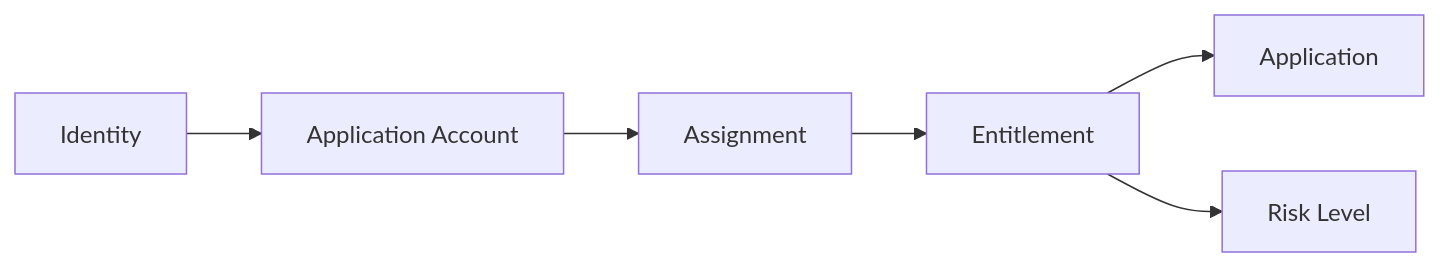
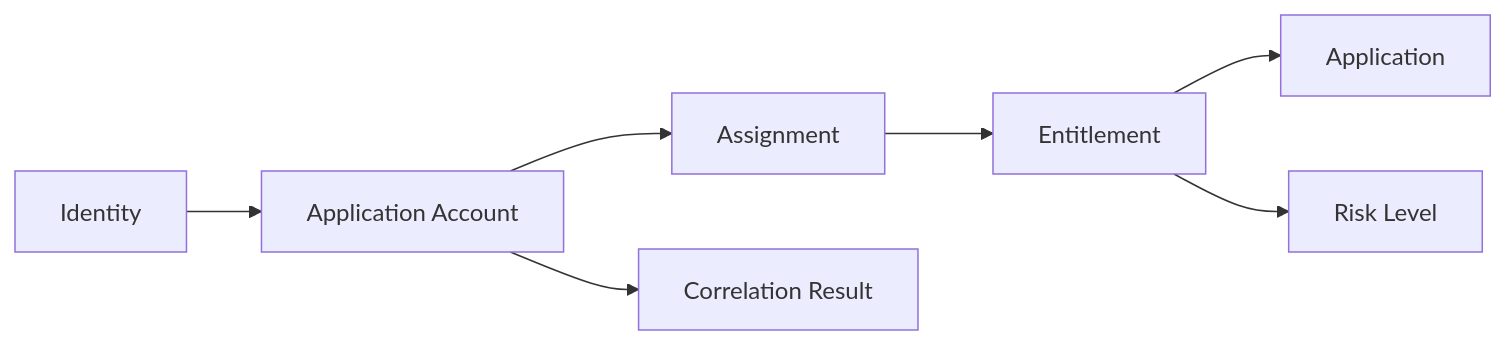
One commit to i-m-rish/luffy changed the sixth of 8 diagrams in apps/iga-service/docs/diagrams.md. Above: the diagram before and after it, drawn with Mermaid. The commit also changed other lines of this file, not shown here.

Commit message:
Update IGA diagrams with source mapping and risk view

````diff
--- a/apps/iga-service/docs/diagrams.md
+++ b/apps/iga-service/docs/diagrams.md
@@ -137,15 +163,17 @@
 ```mermaid
 flowchart LR
     IDENTITY[Identity]
     ACCOUNT[Application Account]
     ASSIGNMENT[Assignment]
     ENTITLEMENT[Entitlement]
     APP[Application]
     RISK[Risk Level]
+    CORR[Correlation Result]
 
     IDENTITY --> ACCOUNT
+    ACCOUNT --> CORR
     ACCOUNT --> ASSIGNMENT
     ASSIGNMENT --> ENTITLEMENT
     ENTITLEMENT --> APP
     ENTITLEMENT --> RISK
 ```
````
